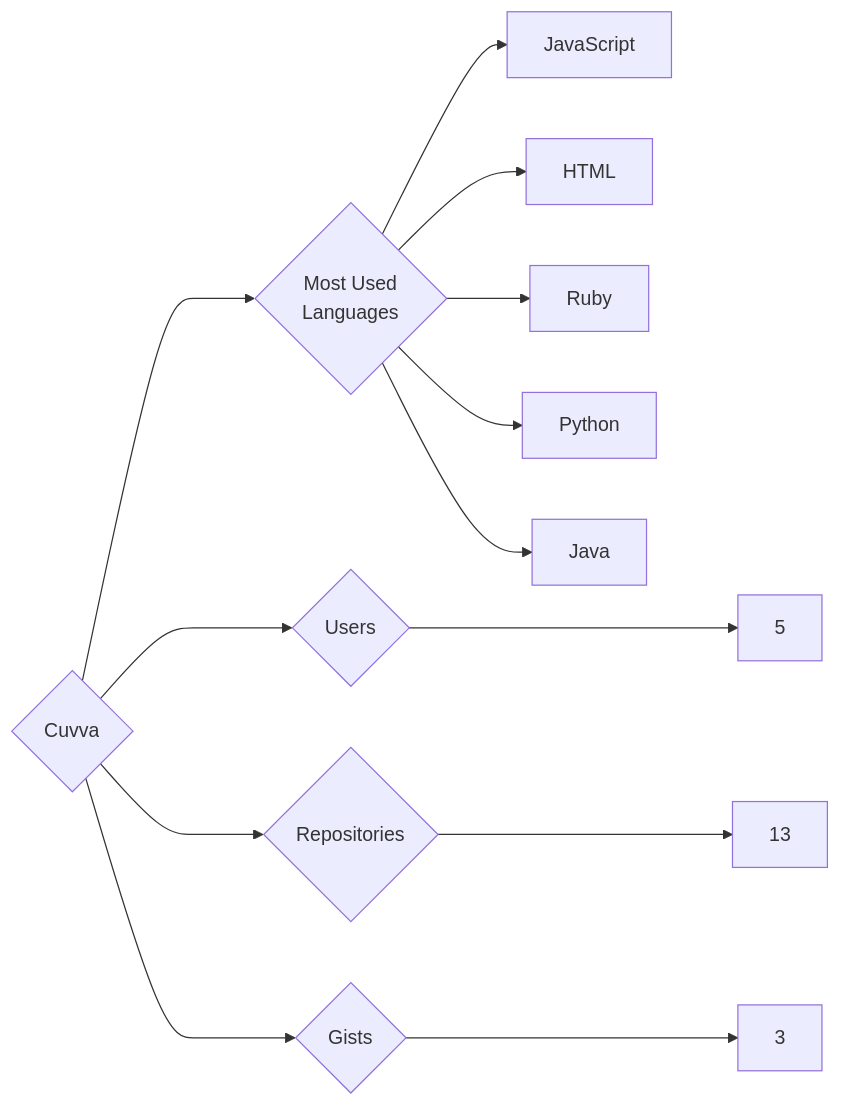
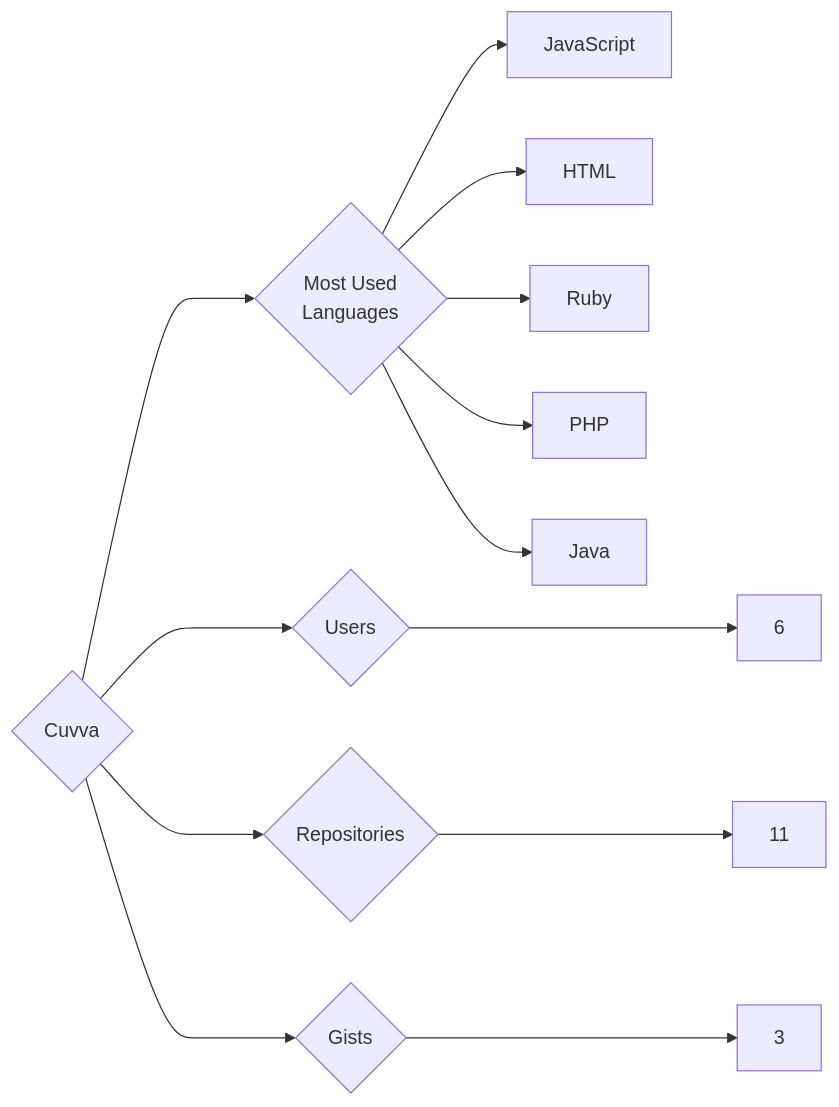
The diagram in targets/Cuvva/README.md (trickest/insiders), drawn with Mermaid before and after one commit. The commit also changed 1036 other files, not shown here.

````diff
--- a/targets/Cuvva/README.md
+++ b/targets/Cuvva/README.md
@@ -3,13 +3,13 @@
 ```mermaid
 graph LR
 COMPANY_NAME{Cuvva}
-COMPANY_NAME ---> U{Users} ---> UN[5]
-COMPANY_NAME ---> R{Repositories} ---> RN[13]
+COMPANY_NAME ---> U{Users} ---> UN[6]
+COMPANY_NAME ---> R{Repositories} ---> RN[11]
 COMPANY_NAME ---> G{Gists} ---> GN[3]
 COMPANY_NAME ---> ML{Most Used<br>Languages}
 ML --> JavaScript[JavaScript]
 ML --> HTML[HTML]
 ML --> Ruby[Ruby]
-ML --> Python[Python]
+ML --> PHP[PHP]
 ML --> Java[Java]
 ```
````
